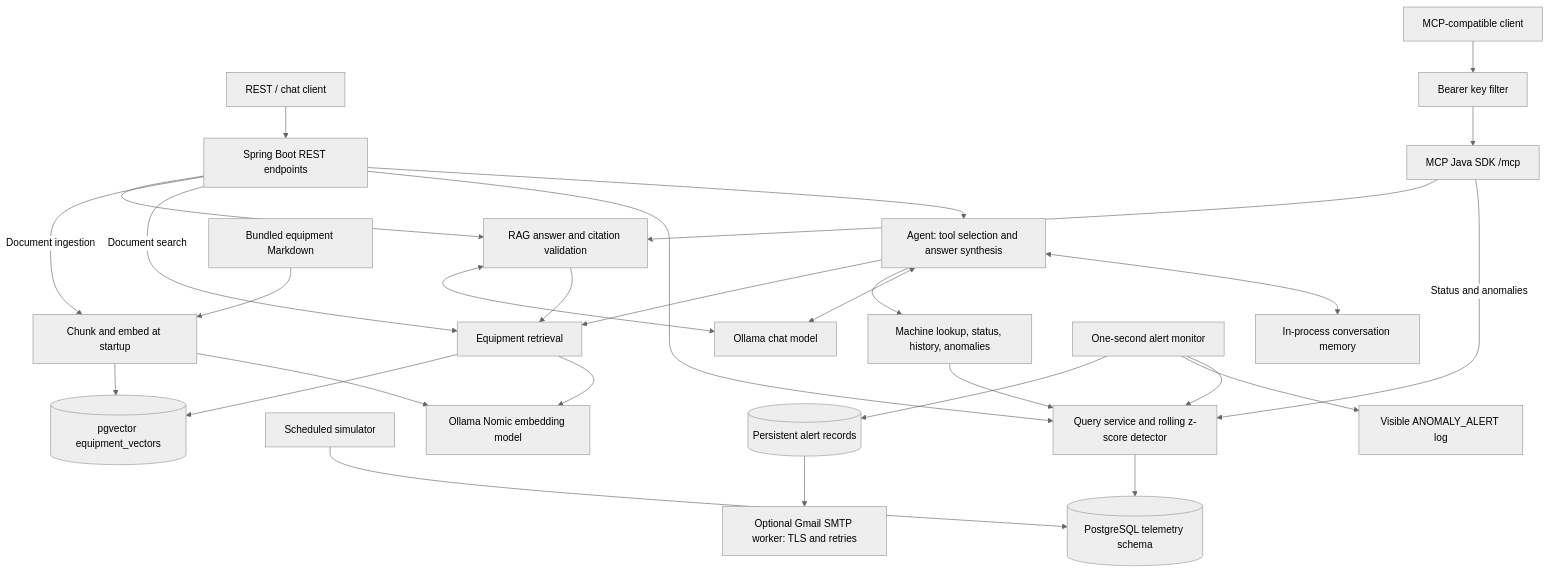
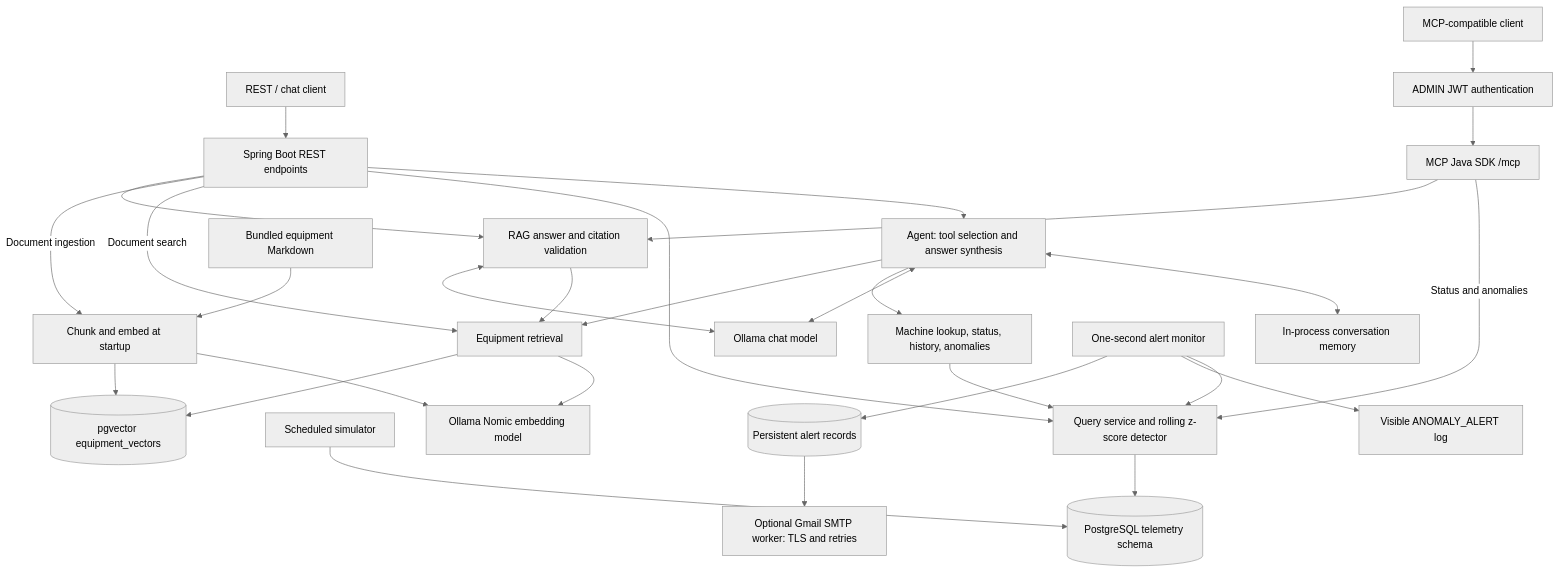
Before and after one commit to ParvezHossain/iiot-powered-by-spring-ai: the diagram in README.md, drawn with Mermaid (neutral theme). The commit also changed other lines of this file and 25 other files, not shown here.

````diff
--- a/README.md
+++ b/README.md
@@ -24,31 +24,31 @@
 ```mermaid
 flowchart TD
     User[REST / chat client] --> REST[Spring Boot REST endpoints]
     REST --> Agent[Agent: tool selection and answer synthesis]
     Agent <--> Memory[In-process conversation memory]
     Agent <--> Chat[Ollama chat model]
     Agent --> Tools[Machine lookup, status, history, anomalies]
     Agent --> Retrieve[Equipment retrieval]
     REST --> Query
     REST -->|Document search| Retrieve
     REST -->|Document ingestion| Ingest
     REST --> RAG[RAG answer and citation validation]
     RAG --> Retrieve
     RAG <--> Chat
-    MCPClient[MCP-compatible client] --> Auth[Bearer key filter]
+    MCPClient[MCP-compatible client] --> Auth[ADMIN JWT authentication]
     Auth --> MCP[MCP Java SDK /mcp]
     MCP -->|Status and anomalies| Query
     MCP --> RAG
     Simulator[Scheduled simulator] --> SQL[(PostgreSQL telemetry schema)]
     Tools --> Query[Query service and rolling z-score detector]
     Query --> SQL
     Docs[Bundled equipment Markdown] --> Ingest[Chunk and embed at startup]
     Ingest --> Embed[Ollama Nomic embedding model]
     Ingest --> Vectors[(pgvector equipment_vectors)]
     Retrieve --> Embed
     Retrieve --> Vectors
     Monitor[One-second alert monitor] --> Query
     Monitor --> Log[Visible ANOMALY_ALERT log]
     Monitor --> Outbox[(Persistent alert records)]
     Outbox --> Mail[Optional Gmail SMTP worker: TLS and retries]
 ```
````
